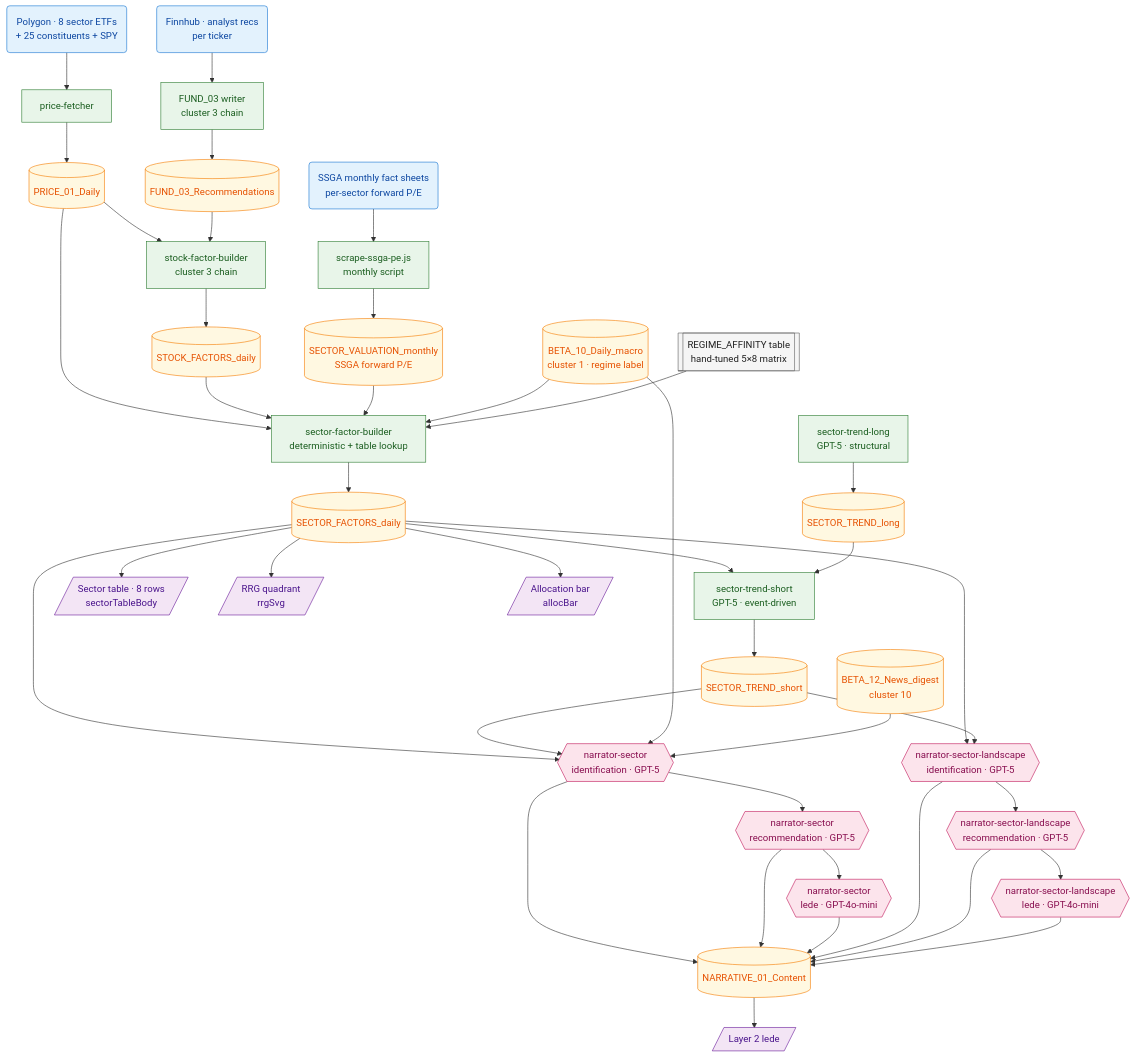
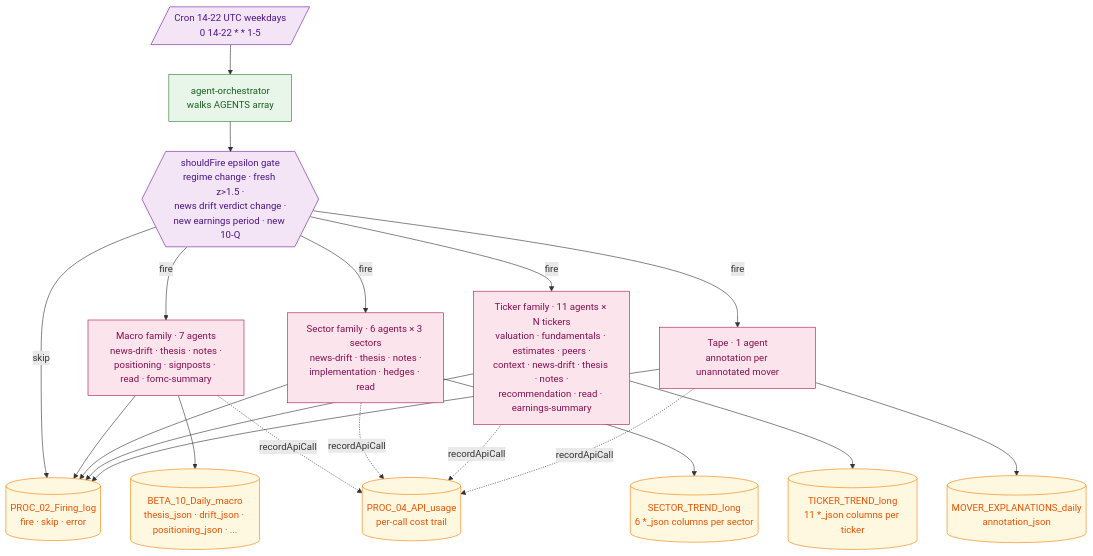
One commit to grodcas/Hedge-Portfolio changed the third of 6 diagrams in docs/SYSTEM_REFERENCE.md. Above: the diagram before and after it, drawn with Mermaid. The commit also changed other lines of this file and 29 other files, not shown here.

````diff
--- a/docs/SYSTEM_REFERENCE.md
+++ b/docs/SYSTEM_REFERENCE.md
@@ -348,84 +139,47 @@
 ```mermaid
 flowchart TD
-    R1(Polygon · 8 sector ETFs<br/>+ 25 constituents + SPY):::src
-    R2(Finnhub · analyst recs<br/>per ticker):::src
-    R3(SSGA monthly fact sheets<br/>per-sector forward P/E):::src
+    CRON[/Cron 14-22 UTC weekdays<br/>0 14-22 * * 1-5/]:::gate
+    ORC[agent-orchestrator<br/>walks AGENTS array]:::code
 
-    C1[price-fetcher]:::code
-    C2[FUND_03 writer<br/>cluster 3 chain]:::code
-    C3[stock-factor-builder<br/>cluster 3 chain]:::code
-    C4[scrape-ssga-pe.js<br/>monthly script]:::code
-    C5[sector-factor-builder<br/>deterministic + table lookup]:::code
-    C6[sector-trend-long<br/>GPT-5 · structural]:::code
-    C7[sector-trend-short<br/>GPT-5 · event-driven]:::code
+    G1{{shouldFire epsilon gate<br/>regime change · fresh z>1.5 ·<br/>news drift verdict change ·<br/>new earnings period · new 10-Q}}:::gate
 
-    T1[(PRICE_01_Daily)]:::db
-    T2[(FUND_03_Recommendations)]:::db
-    T3[(STOCK_FACTORS_daily)]:::db
-    T4[(SECTOR_VALUATION_monthly<br/>SSGA forward P/E)]:::db
-    T5[(SECTOR_FACTORS_daily)]:::db
-    T6[(SECTOR_TREND_long)]:::db
-    T7[(SECTOR_TREND_short)]:::db
-    T8[(BETA_10_Daily_macro<br/>cluster 1 · regime label)]:::db
-    T9[(BETA_12_News_digest<br/>cluster 10)]:::db
-    T10[(NARRATIVE_01_Content)]:::db
+    LOG[(PROC_02_Firing_log<br/>fire · skip · error)]:::db
+    USAGE[(PROC_04_API_usage<br/>per-call cost trail)]:::db
 
-    K1[[REGIME_AFFINITY table<br/>hand-tuned 5×8 matrix]]:::agentDet
+    M[Macro family · 7 agents<br/>news-drift · thesis · notes ·<br/>positioning · signposts · read · fomc-summary]:::agent
+    S[Sector family · 6 agents × 3 sectors<br/>news-drift · thesis · notes ·<br/>implementation · hedges · read]:::agent
+    T[Ticker family · 11 agents × N tickers<br/>valuation · fundamentals · estimates · peers ·<br/>context · news-drift · thesis · notes ·<br/>recommendation · read · earnings-summary]:::agent
+    TP[Tape · 1 agent<br/>annotation per unannotated mover]:::agent
 
-    A1{{narrator-sector<br/>identification · GPT-5}}:::agentLLM
-    A2{{narrator-sector<br/>recommendation · GPT-5}}:::agentLLM
-    A3{{narrator-sector<br/>lede · GPT-4o-mini}}:::agentLLM
-    A4{{narrator-sector-landscape<br/>identification · GPT-5}}:::agentLLM
-    A5{{narrator-sector-landscape<br/>recommendation · GPT-5}}:::agentLLM
-    A6{{narrator-sector-landscape<br/>lede · GPT-4o-mini}}:::agentLLM
+    DBM[(BETA_10_Daily_macro<br/>thesis_json · drift_json · positioning_json · ...)]:::db
+    DBS[(SECTOR_TREND_long<br/>6 *_json columns per sector)]:::db
+    DBT[(TICKER_TREND_long<br/>11 *_json columns per ticker)]:::db
+    DBA[(MOVER_EXPLANATIONS_daily<br/>annotation_json)]:::db
 
-    D1[/Sector table · 8 rows<br/>sectorTableBody/]:::ui
-    D2[/RRG quadrant<br/>rrgSvg/]:::ui
-    D3[/Allocation bar<br/>allocBar/]:::ui
-    D4[/Layer 2 lede/]:::ui
+    CRON --> ORC --> G1
+    G1 -->|"skip"| LOG
+    G1 -->|"fire"| M
+    G1 -->|"fire"| S
+    G1 -->|"fire"| T
+    G1 -->|"fire"| TP
 
-    R1 --> C1 --> T1
-    R2 --> C2 --> T2
-    R3 --> C4 --> T4
+    M --> DBM
+    S --> DBS
+    T --> DBT
+    TP --> DBA
 
-    T1 --> C3 --> T3
-    T2 --> C3
+    M -.->|"recordApiCall"| USAGE
+    S -.->|"recordApiCall"| USAGE
+    T -.->|"recordApiCall"| USAGE
+    TP -.->|"recordApiCall"| USAGE
 
-    T1 --> C5
-    T3 --> C5
-    T4 --> C5
-    T8 --> C5
-    K1 --> C5
-    C5 --> T5
+    M --> LOG
+    S --> LOG
+    T --> LOG
+    TP --> LOG
 
-    T5 --> C7
-    C6 --> T6
-    T6 --> C7
-    C7 --> T7
-
-    T5 --> A1 --> A2 --> A3
-    T7 --> A1
-    T8 --> A1
-    T9 --> A1
-    A1 --> T10
-    A2 --> T10
-    A3 --> T10
-
-    T5 --> A4 --> A5 --> A6
-    T7 --> A4
-    A4 --> T10
-    A5 --> T10
-    A6 --> T10
-
-    T5 --> D1
-    T5 --> D2
-    T5 --> D3
-    T10 --> D4
-
-    classDef src fill:#e3f2fd,stroke:#1976d2,color:#0d47a1
     classDef code fill:#e8f5e9,stroke:#2e7d32,color:#1b5e20
     classDef db fill:#fff8e1,stroke:#f57c00,color:#e65100
-    classDef agentLLM fill:#fce4ec,stroke:#c2185b,color:#880e4f
-    classDef agentDet fill:#f5f5f5,stroke:#616161,color:#212121
-    classDef ui fill:#f3e5f5,stroke:#6a1b9a,color:#4a148c
+    classDef gate fill:#f3e5f5,stroke:#6a1b9a,color:#4a148c
+    classDef agent fill:#fce4ec,stroke:#ad1457,color:#880e4f
 ```
````
